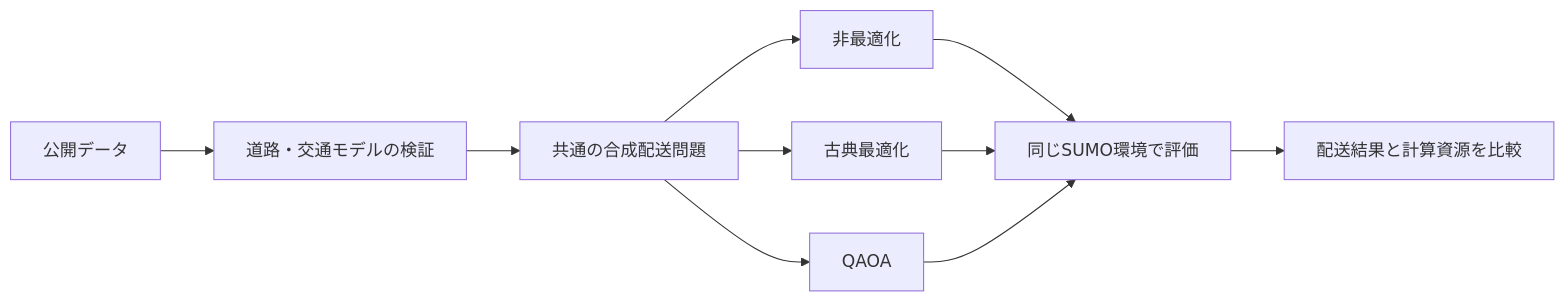
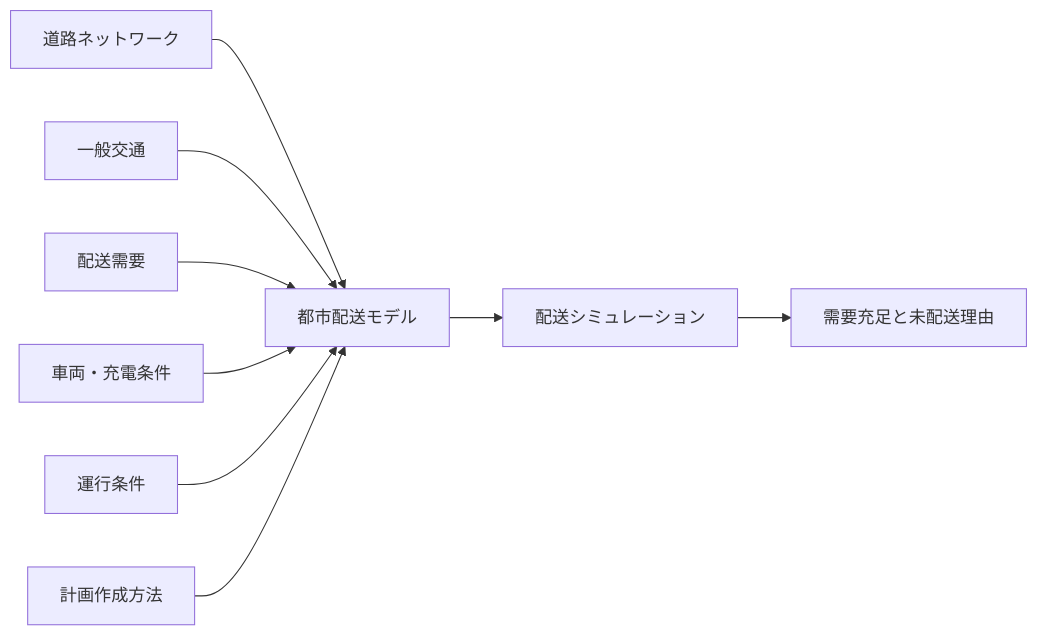
The diagram in README.md (tkm-sano/kmd-analysis), drawn with Mermaid before and after one commit. The commit also changed other lines of this file and 117 other files, not shown here.

````diff
--- a/README.md
+++ b/README.md
@@ -97,12 +55,11 @@
 ```mermaid
 flowchart LR
-    A["公開データ"] --> B["道路・交通モデルの検証"]
-    B --> C["共通の合成配送問題"]
-    C --> D1["非最適化"]
-    C --> D2["古典最適化"]
-    C --> D3["QAOA"]
-    D1 --> E["同じSUMO環境で評価"]
-    D2 --> E
-    D3 --> E
-    E --> F["配送結果と計算資源を比較"]
+    A["道路ネットワーク"] --> G["都市配送モデル"]
+    B["一般交通"] --> G
+    C["配送需要"] --> G
+    D["車両・充電条件"] --> G
+    E["運行条件"] --> G
+    F["計画作成方法"] --> G
+    G --> H["配送シミュレーション"]
+    H --> I["需要充足と未配送理由"]
 ```
````
